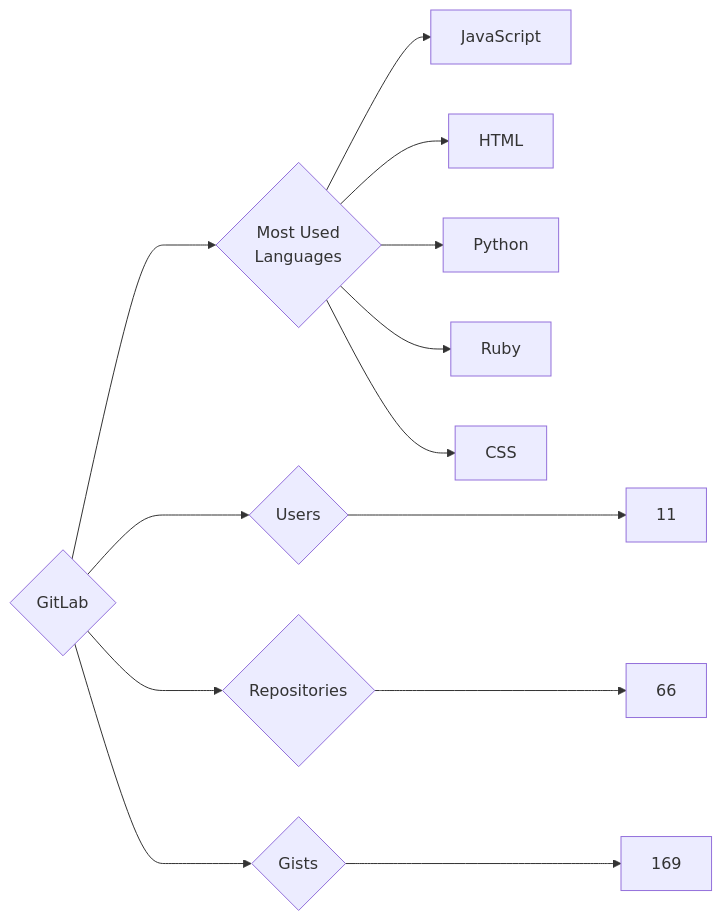
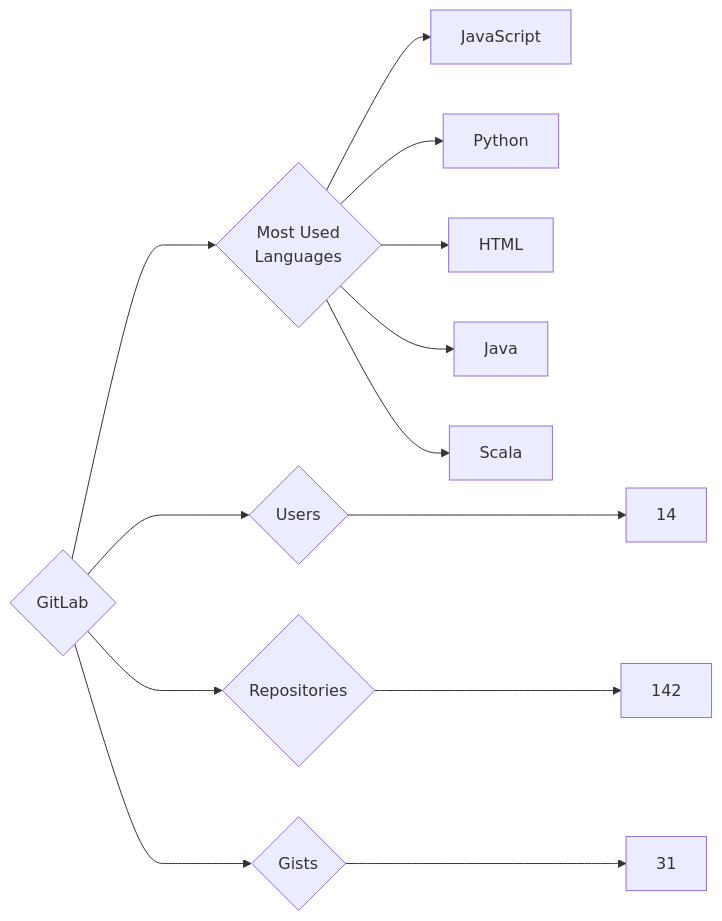
One commit to trickest/insiders changed the diagram in targets/GitLab/README.md. Above: the diagram before and after it, drawn with Mermaid. The commit also changed 837 other files, not shown here.

````diff
--- a/targets/GitLab/README.md
+++ b/targets/GitLab/README.md
@@ -3,13 +3,13 @@
 ```mermaid
 graph LR
 COMPANY_NAME{GitLab}
-COMPANY_NAME ---> U{Users} ---> UN[11]
-COMPANY_NAME ---> R{Repositories} ---> RN[66]
-COMPANY_NAME ---> G{Gists} ---> GN[169]
+COMPANY_NAME ---> U{Users} ---> UN[14]
+COMPANY_NAME ---> R{Repositories} ---> RN[142]
+COMPANY_NAME ---> G{Gists} ---> GN[31]
 COMPANY_NAME ---> ML{Most Used<br>Languages}
 ML --> JavaScript[JavaScript]
+ML --> Python[Python]
 ML --> HTML[HTML]
-ML --> Python[Python]
-ML --> Ruby[Ruby]
-ML --> CSS[CSS]
+ML --> Java[Java]
+ML --> Scala[Scala]
 ```
````
